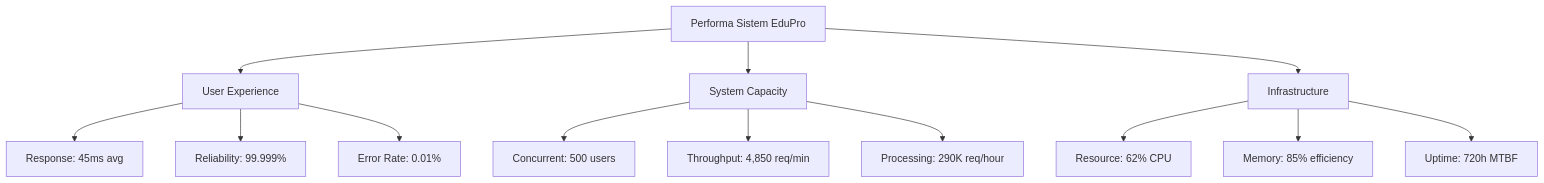
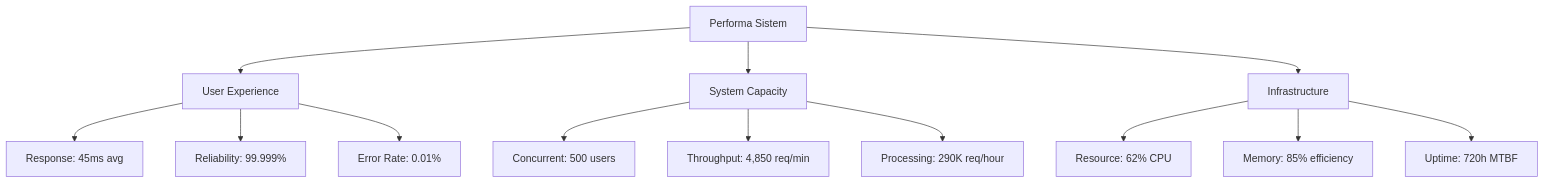
One commit to mrcoco/prediksi changed the diagram in docs/NARASI_HASIL_PENGUJIAN_EDUPRO_2025.md. Above: the diagram before and after it, drawn with Mermaid.

Commit message:
add narasi hasil pengujian

````diff
--- a/docs/NARASI_HASIL_PENGUJIAN_EDUPRO_2025.md
+++ b/docs/NARASI_HASIL_PENGUJIAN_EDUPRO_2025.md
@@ -9,18 +9,18 @@
 ```mermaid
 graph TD
-    A[Performa Sistem EduPro] --> B[User Experience]
+    A[Performa Sistem ] --> B[User Experience]
     A --> C[System Capacity]
     A --> D[Infrastructure]
     
     B --> B1[Response: 45ms avg]
     B --> B2[Reliability: 99.999%]
     B --> B3[Error Rate: 0.01%]
     
     C --> C1[Concurrent: 500 users]
     C --> C2[Throughput: 4,850 req/min]
     C --> C3[Processing: 290K req/hour]
     
     D --> D1[Resource: 62% CPU]
     D --> D2[Memory: 85% efficiency]
     D --> D3[Uptime: 720h MTBF]
 ```
````
